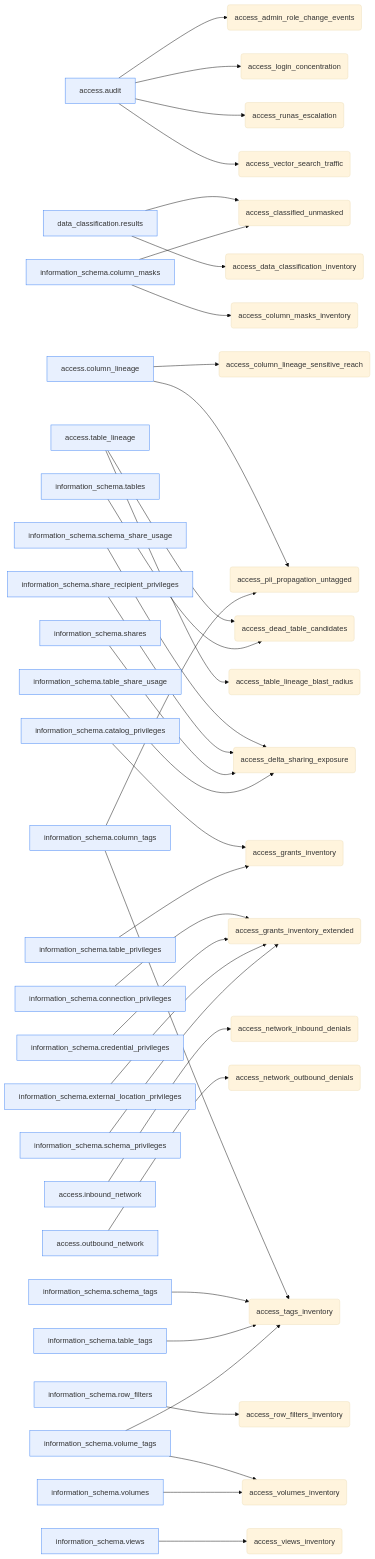
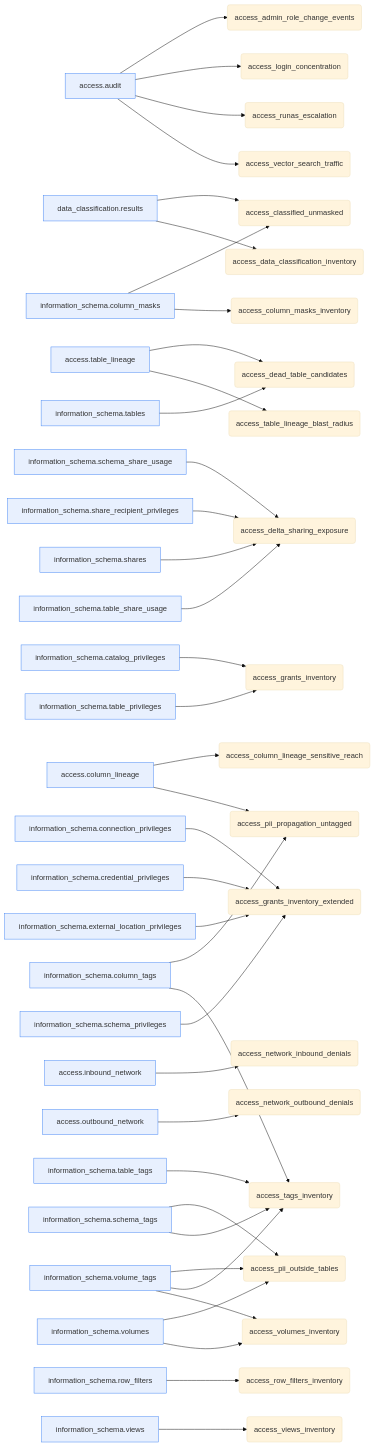
The third of 8 diagrams in lineage/query_lineage.md (darshanmeel/crosshire-audit-databricks-admin), drawn with Mermaid (base theme) before and after one commit. The commit also changed other lines of this file and 6 other files, not shown here.

First line of the commit message:
Add access_pii_outside_tables governance query + document info_schema enablement

````diff
--- a/lineage/query_lineage.md
+++ b/lineage/query_lineage.md
@@ -105,63 +105,66 @@
 ```mermaid
 graph LR
   system_access_audit["access.audit"]:::src
   system_access_audit --> governance_access__access_admin_role_change_events("access_admin_role_change_events")
   system_data_classification_results["data_classification.results"]:::src
   system_data_classification_results --> governance_access__access_classified_unmasked("access_classified_unmasked")
   system_information_schema_column_masks["information_schema.column_masks"]:::src
   system_information_schema_column_masks --> governance_access__access_classified_unmasked("access_classified_unmasked")
   system_access_column_lineage["access.column_lineage"]:::src
   system_access_column_lineage --> governance_access__access_column_lineage_sensitive_reach("access_column_lineage_sensitive_reach")
   system_information_schema_column_masks --> governance_access__access_column_masks_inventory("access_column_masks_inventory")
   system_data_classification_results --> governance_access__access_data_classification_inventory("access_data_classification_inventory")
   system_access_table_lineage["access.table_lineage"]:::src
   system_access_table_lineage --> governance_access__access_dead_table_candidates("access_dead_table_candidates")
   system_information_schema_tables["information_schema.tables"]:::src
   system_information_schema_tables --> governance_access__access_dead_table_candidates("access_dead_table_candidates")
   system_information_schema_schema_share_usage["information_schema.schema_share_usage"]:::src
   system_information_schema_schema_share_usage --> governance_access__access_delta_sharing_exposure("access_delta_sharing_exposure")
   system_information_schema_share_recipient_privileges["information_schema.share_recipient_privileges"]:::src
   system_information_schema_share_recipient_privileges --> governance_access__access_delta_sharing_exposure("access_delta_sharing_exposure")
   system_information_schema_shares["information_schema.shares"]:::src
   system_information_schema_shares --> governance_access__access_delta_sharing_exposure("access_delta_sharing_exposure")
   system_information_schema_table_share_usage["information_schema.table_share_usage"]:::src
   system_information_schema_table_share_usage --> governance_access__access_delta_sharing_exposure("access_delta_sharing_exposure")
   system_information_schema_catalog_privileges["information_schema.catalog_privileges"]:::src
   system_information_schema_catalog_privileges --> governance_access__access_grants_inventory("access_grants_inventory")
   system_information_schema_table_privileges["information_schema.table_privileges"]:::src
   system_information_schema_table_privileges --> governance_access__access_grants_inventory("access_grants_inventory")
   system_information_schema_connection_privileges["information_schema.connection_privileges"]:::src
   system_information_schema_connection_privileges --> governance_access__access_grants_inventory_extended("access_grants_inventory_extended")
   system_information_schema_credential_privileges["information_schema.credential_privileges"]:::src
   system_information_schema_credential_privileges --> governance_access__access_grants_inventory_extended("access_grants_inventory_extended")
   system_information_schema_external_location_privileges["information_schema.external_location_privileges"]:::src
   system_information_schema_external_location_privileges --> governance_access__access_grants_inventory_extended("access_grants_inventory_extended")
   system_information_schema_schema_privileges["information_schema.schema_privileges"]:::src
   system_information_schema_schema_privileges --> governance_access__access_grants_inventory_extended("access_grants_inventory_extended")
   system_access_audit --> governance_access__access_login_concentration("access_login_concentration")
   system_access_inbound_network["access.inbound_network"]:::src
   system_access_inbound_network --> governance_access__access_network_inbound_denials("access_network_inbound_denials")
   system_access_outbound_network["access.outbound_network"]:::src
   system_access_outbound_network --> governance_access__access_network_outbound_denials("access_network_outbound_denials")
+  system_information_schema_schema_tags["information_schema.schema_tags"]:::src
+  system_information_schema_schema_tags --> governance_access__access_pii_outside_tables("access_pii_outside_tables")
+  system_information_schema_volume_tags["information_schema.volume_tags"]:::src
+  system_information_schema_volume_tags --> governance_access__access_pii_outside_tables("access_pii_outside_tables")
+  system_information_schema_volumes["information_schema.volumes"]:::src
+  system_information_schema_volumes --> governance_access__access_pii_outside_tables("access_pii_outside_tables")
   system_access_column_lineage --> governance_access__access_pii_propagation_untagged("access_pii_propagation_untagged")
   system_information_schema_column_tags["information_schema.column_tags"]:::src
   system_information_schema_column_tags --> governance_access__access_pii_propagation_untagged("access_pii_propagation_untagged")
   system_information_schema_row_filters["information_schema.row_filters"]:::src
   system_information_schema_row_filters --> governance_access__access_row_filters_inventory("access_row_filters_inventory")
   system_access_audit --> governance_access__access_runas_escalation("access_runas_escalation")
   system_access_table_lineage --> governance_access__access_table_lineage_blast_radius("access_table_lineage_blast_radius")
   system_information_schema_column_tags --> governance_access__access_tags_inventory("access_tags_inventory")
-  system_information_schema_schema_tags["information_schema.schema_tags"]:::src
   system_information_schema_schema_tags --> governance_access__access_tags_inventory("access_tags_inventory")
   system_information_schema_table_tags["information_schema.table_tags"]:::src
   system_information_schema_table_tags --> governance_access__access_tags_inventory("access_tags_inventory")
-  system_information_schema_volume_tags["information_schema.volume_tags"]:::src
   system_information_schema_volume_tags --> governance_access__access_tags_inventory("access_tags_inventory")
   system_access_audit --> governance_access__access_vector_search_traffic("access_vector_search_traffic")
   system_information_schema_views["information_schema.views"]:::src
   system_information_schema_views --> governance_access__access_views_inventory("access_views_inventory")
   system_information_schema_volume_tags --> governance_access__access_volumes_inventory("access_volumes_inventory")
-  system_information_schema_volumes["information_schema.volumes"]:::src
   system_information_schema_volumes --> governance_access__access_volumes_inventory("access_volumes_inventory")
   classDef src fill:#e8f0fe,stroke:#4285f4;
 ```
````
